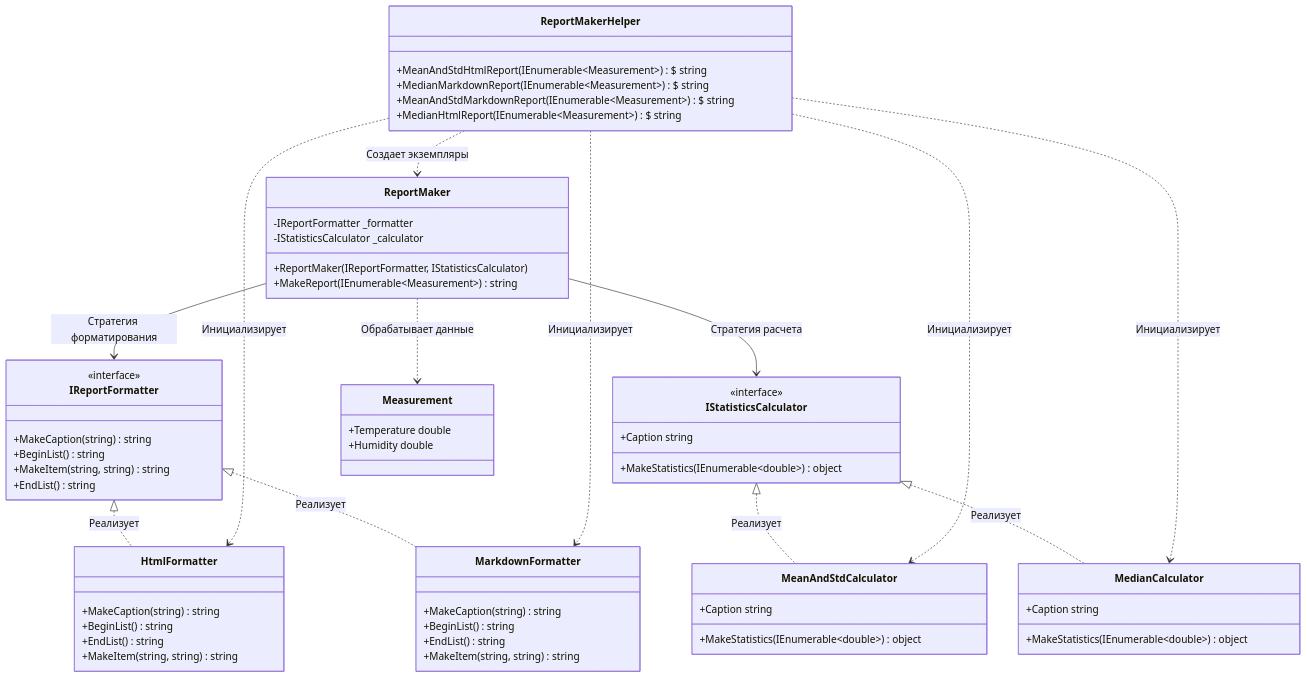
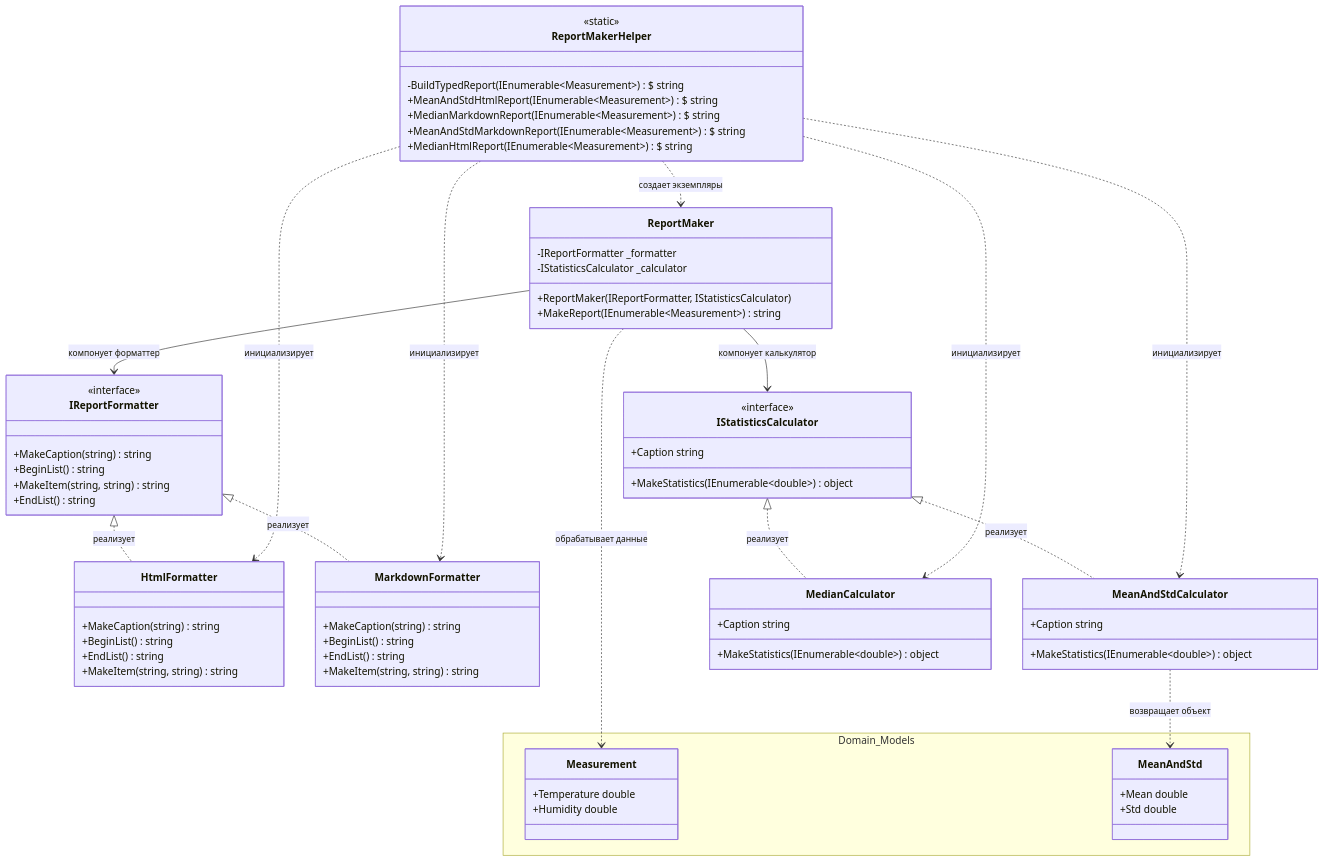
The diagram in report_generator.md (NingerangorOid/Praktika_2026), drawn with Mermaid before and after one commit.

Commit message:
правки внесены

````diff
--- a/report_generator.md
+++ b/report_generator.md
@@ -1,6 +1,8 @@
 ```mermaid
 classDiagram
-    %% Интерфейсы
+    direction TB
+
+    %% Интерфейсы стратегий
     class IReportFormatter {
         <<interface>>
         +MakeCaption(string) string
@@ -15,14 +17,14 @@
         +MakeStatistics(IEnumerable~double~) object
     }
 
-    %% Интерфейс форматирования
+    %% Реализации форматирования
     class HtmlFormatter {
         +MakeCaption(string) string
         +BeginList() string
         +EndList() string
         +MakeItem(string, string) string
     }
-    IReportFormatter <|.. HtmlFormatter : Реализует
+    IReportFormatter <|.. HtmlFormatter : <small>реализует</small>
 
     class MarkdownFormatter {
         +MakeCaption(string) string
@@ -30,26 +32,33 @@
         +EndList() string
         +MakeItem(string, string) string
     }
-    IReportFormatter <|.. MarkdownFormatter : Реализует
+    IReportFormatter <|.. MarkdownFormatter : <small>реализует</small>
 
-    %% Интерфейс калькулятора
+    %% Реализации калькулятора
     class MeanAndStdCalculator {
         +Caption string
         +MakeStatistics(IEnumerable~double~) object
     }
-    IStatisticsCalculator <|.. MeanAndStdCalculator : Реализует
+    IStatisticsCalculator <|.. MeanAndStdCalculator : <small>реализует</small>
 
     class MedianCalculator {
         +Caption string
         +MakeStatistics(IEnumerable~double~) object
     }
-    IStatisticsCalculator <|.. MedianCalculator : Реализует
+    IStatisticsCalculator <|.. MedianCalculator : <small>реализует</small>
 
-    %% Класс данных
-    class Measurement {
-        +Temperature double
-        +Humidity double
+    %% Вспомогательные структуры и модели данных
+    namespace Domain_Models {
+        class Measurement {
+            +Temperature double
+            +Humidity double
+        }
+        class MeanAndStd {
+            +Mean double
+            +Std double
+        }
     }
+    MeanAndStdCalculator ..> MeanAndStd : <small>возвращает объект</small>
 
     %% Основной класс генератора отчетов
     class ReportMaker {
@@ -58,21 +67,22 @@
         +ReportMaker(IReportFormatter, IStatisticsCalculator)
         +MakeReport(IEnumerable~Measurement~) string
     }
-    ReportMaker --> IReportFormatter : Стратегия форматирования
-    ReportMaker --> IStatisticsCalculator : Стратегия расчета
-    ReportMaker ..> Measurement : Обрабатывает данные
+    ReportMaker --> IReportFormatter : <small>компонует форматтер</small>
+    ReportMaker --> IStatisticsCalculator : <small>компонует калькулятор</small>
+    ReportMaker ..> Measurement : <small>обрабатывает данные</small>
 
-    %% Вспомогательный класс
+    %% Вспомогательный класс фабрики
     class ReportMakerHelper {
+        <<static>>
+        -BuildTypedReport(IEnumerable~Measurement~)\$ string
         +MeanAndStdHtmlReport(IEnumerable~Measurement~)\$ string
         +MedianMarkdownReport(IEnumerable~Measurement~)\$ string
         +MeanAndStdMarkdownReport(IEnumerable~Measurement~)\$ string
         +MedianHtmlReport(IEnumerable~Measurement~)\$ string
     }
-    
-    ReportMakerHelper ..> ReportMaker : Создает экземпляры
-    ReportMakerHelper ..> HtmlFormatter : Инициализирует
-    ReportMakerHelper ..> MarkdownFormatter : Инициализирует
-    ReportMakerHelper ..> MeanAndStdCalculator : Инициализирует
-    ReportMakerHelper ..> MedianCalculator : Инициализирует
+    ReportMakerHelper ..> ReportMaker : <small>создает экземпляры</small>
+    ReportMakerHelper ..> HtmlFormatter : <small>инициализирует</small>
+    ReportMakerHelper ..> MarkdownFormatter : <small>инициализирует</small>
+    ReportMakerHelper ..> MeanAndStdCalculator : <small>инициализирует</small>
+    ReportMakerHelper ..> MedianCalculator : <small>инициализирует</small>
 ```
````
